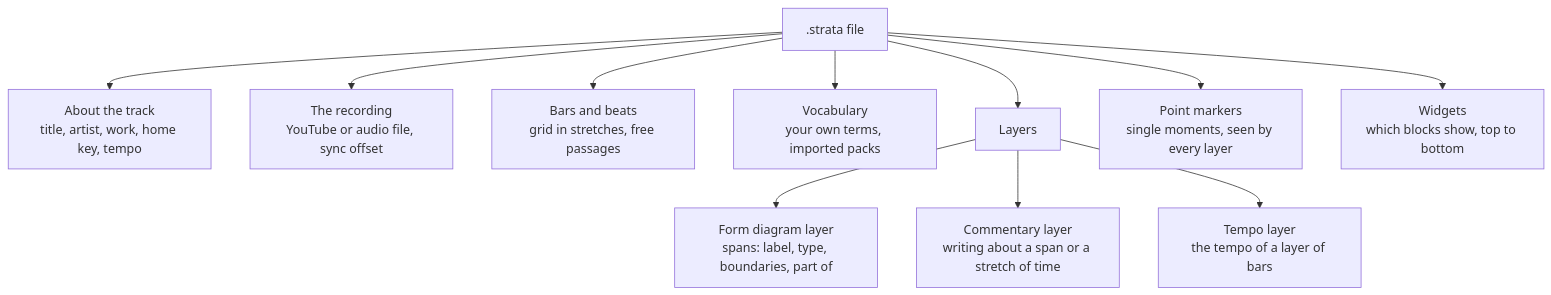
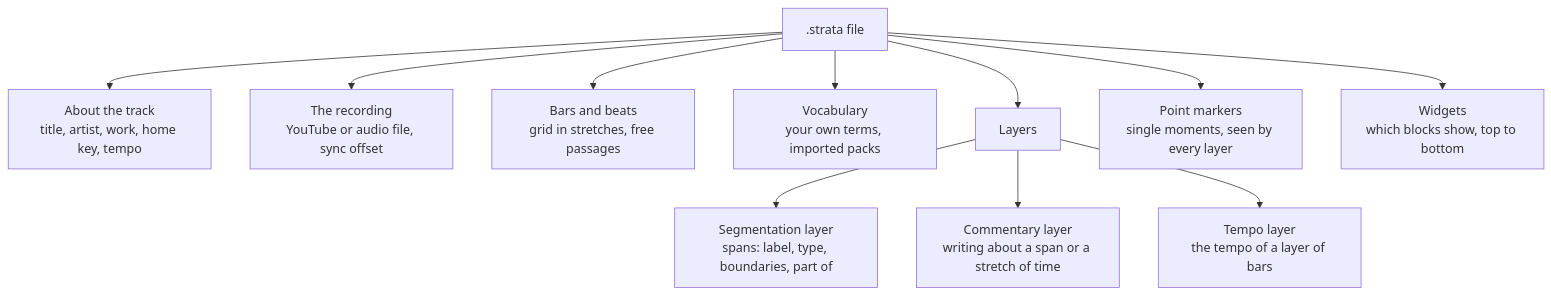
One commit to devinchaloux/strata changed the diagram in schema/strata-schema-reference.md. Above: the diagram before and after it, drawn with Mermaid. The commit also changed other lines of this file and 78 other files, not shown here.

First line of the commit message:
refactor(schema): the form diagram becomes segmentation (format 3)

````diff
--- a/schema/strata-schema-reference.md
+++ b/schema/strata-schema-reference.md
@@ -9,13 +9,13 @@
 ```mermaid
 flowchart TB
   F[".strata file"] --> A["About the track<br/>title, artist, work, home key, tempo"]
   F --> R["The recording<br/>YouTube or audio file, sync offset"]
   F --> G["Bars and beats<br/>grid in stretches, free passages"]
   F --> V["Vocabulary<br/>your own terms, imported packs"]
   F --> L["Layers"]
   F --> P["Point markers<br/>single moments, seen by every layer"]
-  L --> FD["Form diagram layer<br/>spans: label, type, boundaries, part of"]
+  L --> FD["Segmentation layer<br/>spans: label, type, boundaries, part of"]
   L --> C["Commentary layer<br/>writing about a span or a stretch of time"]
   L --> T["Tempo layer<br/>the tempo of a layer of bars"]
   F --> W["Widgets<br/>which blocks show, top to bottom"]
 ```
````
